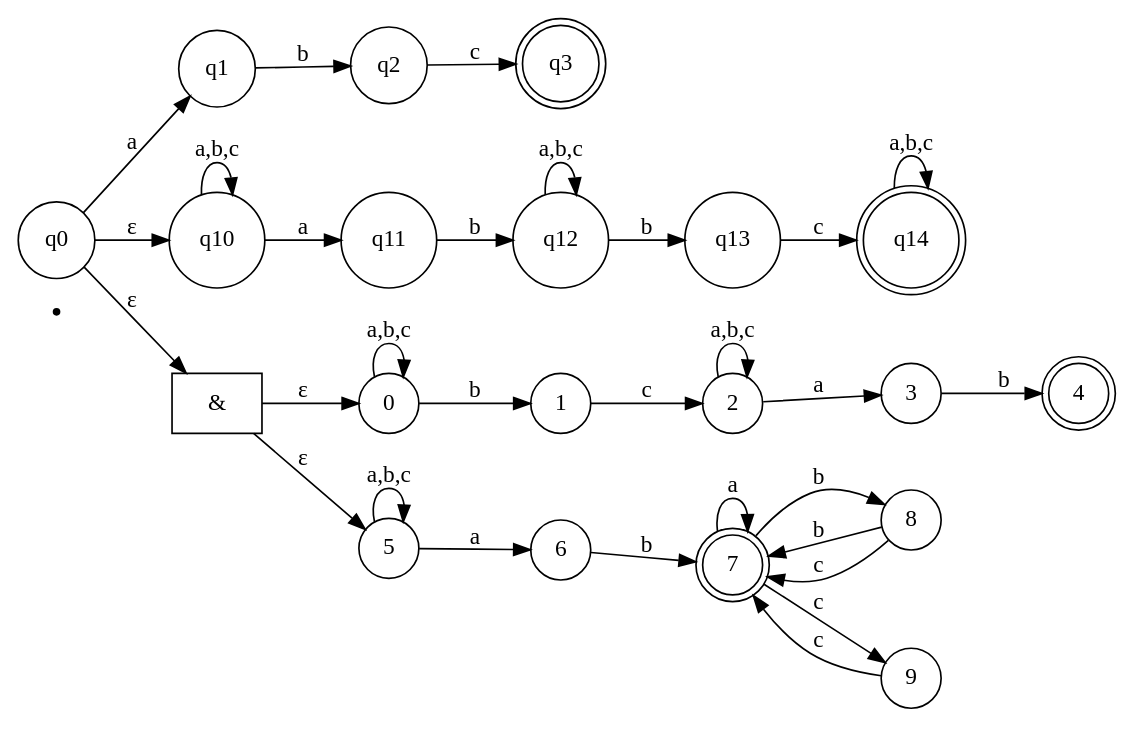
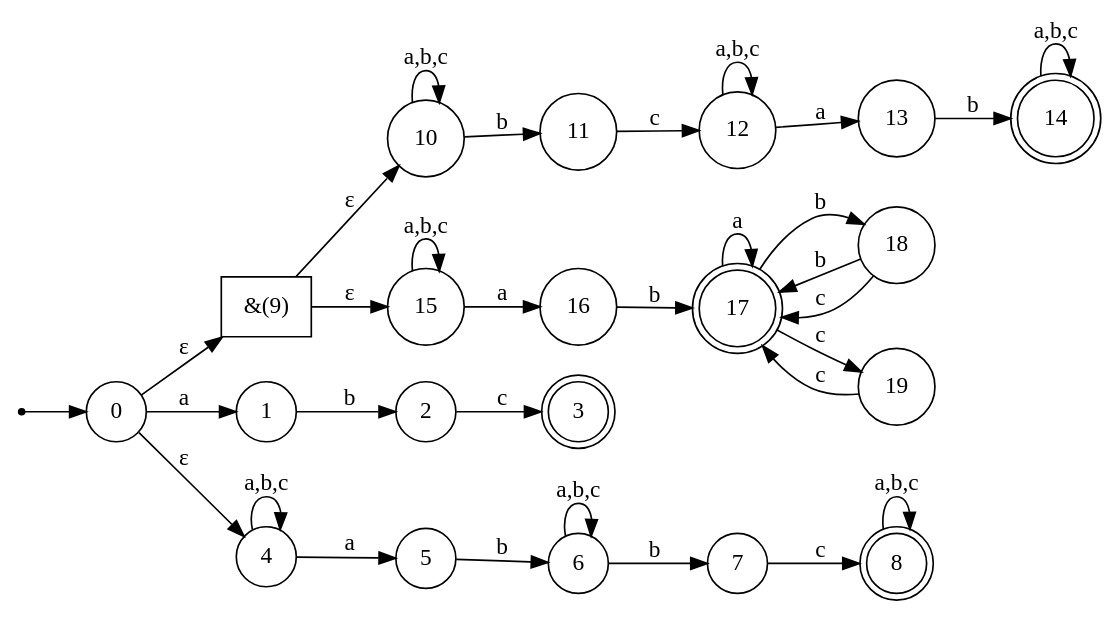
One commit to platiumgold/RoFL changed the diagram in lab2/automatas/AFA.dot. Above: the diagram before and after it, drawn with Graphviz. The commit also changed other lines of this file, not shown here.

```diff
--- a/lab2/automatas/AFA.dot
+++ b/lab2/automatas/AFA.dot
@@ -1,53 +1,38 @@
-digraph NFA {
-  rankdir=LR;
-
-  node [shape = circle];
-
-  node [shape = point]; start;
-  node [shape = circle];
-
-  node [shape = doublecircle]; q3 q14; 4; 7
-  node [shape = circle];
-  
-  // abc
-  q0 -> q1 [label="a"];
-  q1 -> q2 [label="b"];
-  q2 -> q3 [label="c"];
-
-
-
-  // ((a|b|c)*ab(a|b|c)*bc(a|b|c)*)
-  q0 -> q10 [label="ε"];
-  q10 -> q10 [label="a,b,c"];
-  q10 -> q11 [label="a"];
-  q11 -> q12 [label="b"];
-  q12 -> q12 [label="a,b,c"];
-  q12 -> q13 [label="b"];
-  q13 -> q14 [label="c"];
-  q14 -> q14 [label="a,b,c"];
-
- // (?=.*bc.*ab)
-  node [shape = box]; "&"; 
-  node [shape = circle];
-
-  q0 -> "&" [label="ε"]
-  "&" -> 0 [label="ε"]
-  0 -> 0 [label="a,b,c"]
-  0 -> 1 [label="b"]
-  1 -> 2 [label="c"]
-  2 -> 2 [label="a,b,c"]
-  2 -> 3 [label="a"]
-  3 -> 4 [label="b"]
-
-  //(.*ab(a|bc|cc|bb)*)
-  "&" -> 5 [label="ε"]
-  5 -> 5 [label="a,b,c"]
-  5 -> 6 [label="a"]
-  6 -> 7 [label="b"]
-  7 -> 7 [label="a"];
-  7 -> 8 [label="b"];
-  8 -> 7 [label="b"];
-  8 -> 7 [label="c"];
-  7 -> 9 [label="c"];
-  9 -> 7 [label="c"];
+digraph AFA {
+rankdir=LR;
+node [shape = point]; start;
+node [shape = doublecircle]; 3 8 14 17;
+node [shape = box]; "&(9)";
+node [shape = circle];
+start -> 0;
+0 -> 1 [label="a"];
+1 -> 2 [label="b"];
+2 -> 3 [label="c"];
+0 -> 4 [label="ε"];
+4 -> 4 [label="a,b,c"];
+4 -> 5 [label="a"];
+5 -> 6 [label="b"];
+6 -> 6 [label="a,b,c"];
+6 -> 7 [label="b"];
+7 -> 8 [label="c"];
+8 -> 8 [label="a,b,c"];
+0 -> "&(9)" [label="ε"];
+"&(9)" -> 10 [label="ε"];
+10 -> 10 [label="a,b,c"];
+10 -> 11 [label="b"];
+11 -> 12 [label="c"];
+12 -> 12 [label="a,b,c"];
+12 -> 13 [label="a"];
+13 -> 14 [label="b"];
+14 -> 14 [label="a,b,c"];
+"&(9)" -> 15 [label="ε"];
+15 -> 15 [label="a,b,c"];
+15 -> 16 [label="a"];
+16 -> 17 [label="b"];
+17 -> 17 [label="a"];
+17 -> 18 [label="b"];
+18 -> 17 [label="b"];
+18 -> 17 [label="c"];
+17 -> 19 [label="c"];
+19 -> 17 [label="c"];
 }
```
